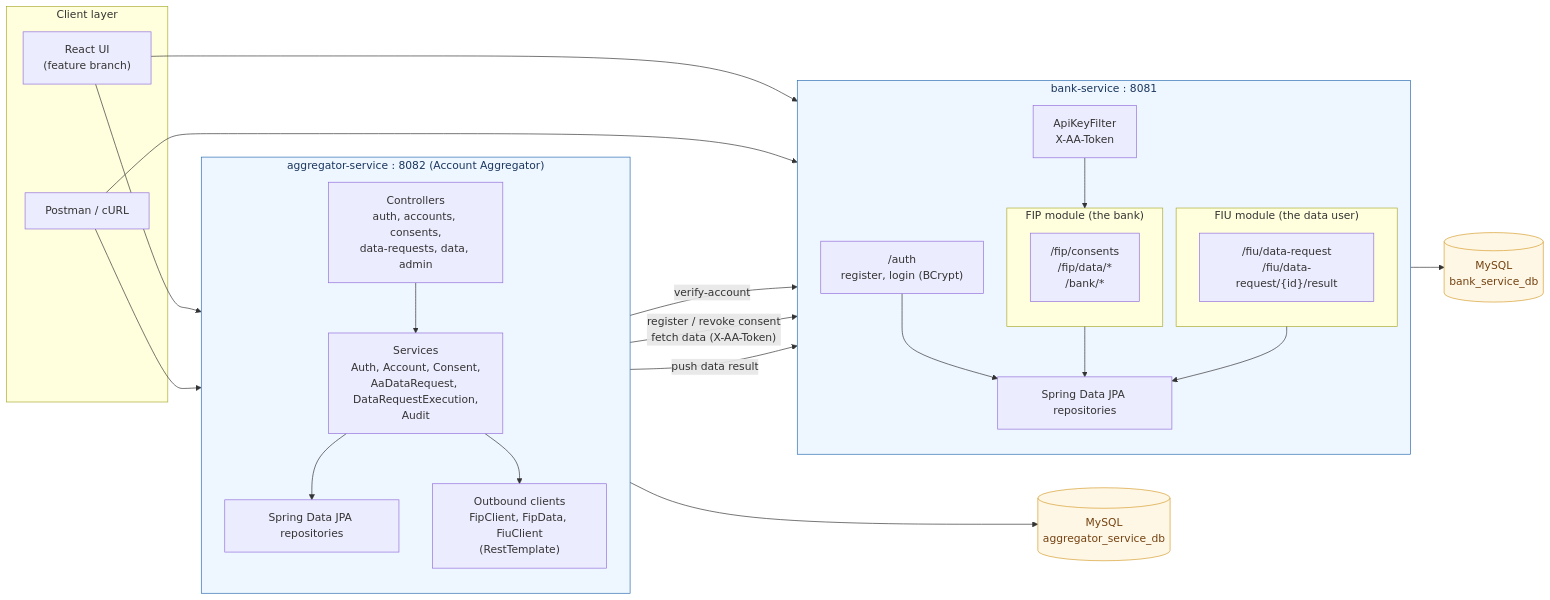
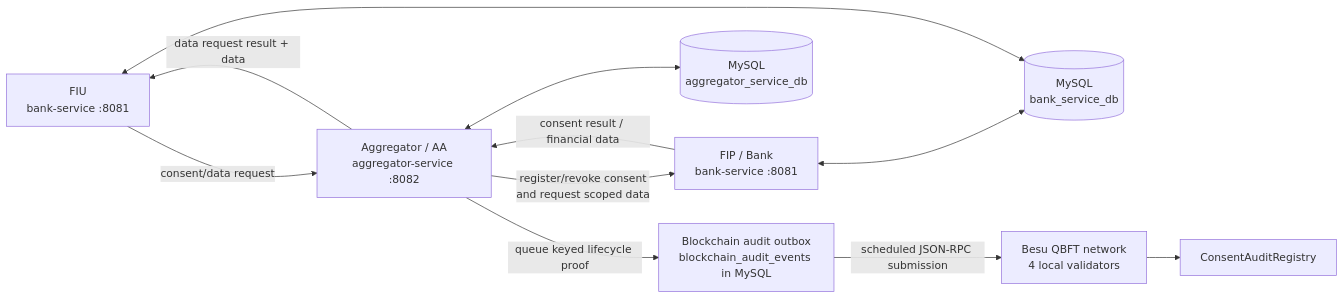
Before and after one commit to sakshi048/consent-chain: the diagram in README.md, drawn with Mermaid. The commit also changed other lines of this file, not shown here.

````diff
--- a/README.md
+++ b/README.md
@@ -86,53 +13,22 @@
 ```mermaid
 flowchart LR
-    subgraph CLIENT["Client layer"]
-        UI["React UI<br/>(feature branch)"]
-        PM["Postman / cURL"]
-    end
+    FIU["FIU<br/>bank-service :8081"]
+    AA["Aggregator / AA<br/>aggregator-service :8082"]
+    FIP["FIP / Bank<br/>bank-service :8081"]
+    AA_DB[("MySQL<br/>aggregator_service_db")]
+    BANK_DB[("MySQL<br/>bank_service_db")]
+    OUTBOX["Blockchain audit outbox<br/>blockchain_audit_events in MySQL"]
+    BESU["Besu QBFT network<br/>4 local validators"]
+    CONTRACT["ConsentAuditRegistry"]
 
-    subgraph AA["aggregator-service : 8082  (Account Aggregator)"]
-        direction TB
-        AAC["Controllers<br/>auth, accounts, consents,<br/>data-requests, data, admin"]
-        AAS["Services<br/>Auth, Account, Consent,<br/>AaDataRequest, DataRequestExecution,<br/>Audit"]
-        AAX["Outbound clients<br/>FipClient, FipData, FiuClient<br/>(RestTemplate)"]
-        AAR["Spring Data JPA repositories"]
-        AAC --> AAS --> AAR
-        AAS --> AAX
-    end
-
-    subgraph BANK["bank-service : 8081"]
-        direction TB
-        FILTER["ApiKeyFilter<br/>X-AA-Token"]
-        subgraph FIP["FIP module (the bank)"]
-            FIPC["/fip/consents<br/>/fip/data/*<br/>/bank/*"]
-        end
-        subgraph FIU["FIU module (the data user)"]
-            FIUC["/fiu/data-request<br/>/fiu/data-request/{id}/result"]
-        end
-        AUTHB["/auth<br/>register, login (BCrypt)"]
-        BR["Spring Data JPA repositories"]
-        FILTER --> FIP
-        FIP --> BR
-        FIU --> BR
-        AUTHB --> BR
-    end
-
-    DBA[("MySQL<br/>aggregator_service_db")]
-    DBB[("MySQL<br/>bank_service_db")]
-
-    UI --> AAC
-    UI --> FIUC
-    PM --> AAC
-    PM --> FIPC
-    AAR --> DBA
-    BR --> DBB
-
-    AAX -- "verify-account" --> FIPC
-    AAX -- "register / revoke consent<br/>fetch data  (X-AA-Token)" --> FILTER
-    AAX -- "push data result" --> FIUC
-
-    classDef svc fill:#eef6ff,stroke:#2b6cb0,color:#1a365d;
-    classDef db fill:#fff7e6,stroke:#d69e2e,color:#744210;
-    class AA,BANK svc;
-    class DBA,DBB db;
+    FIU -->|"consent/data request"| AA
+    AA -->|"register/revoke consent<br/>and request scoped data"| FIP
+    FIP -->|"consent result / financial data"| AA
+    AA -->|"data request result + data"| FIU
+    AA <--> AA_DB
+    FIP <--> BANK_DB
+    FIU <--> BANK_DB
+    AA -->|"queue keyed lifecycle proof"| OUTBOX
+    OUTBOX -->|"scheduled JSON-RPC submission"| BESU
+    BESU --> CONTRACT
 ```
````
